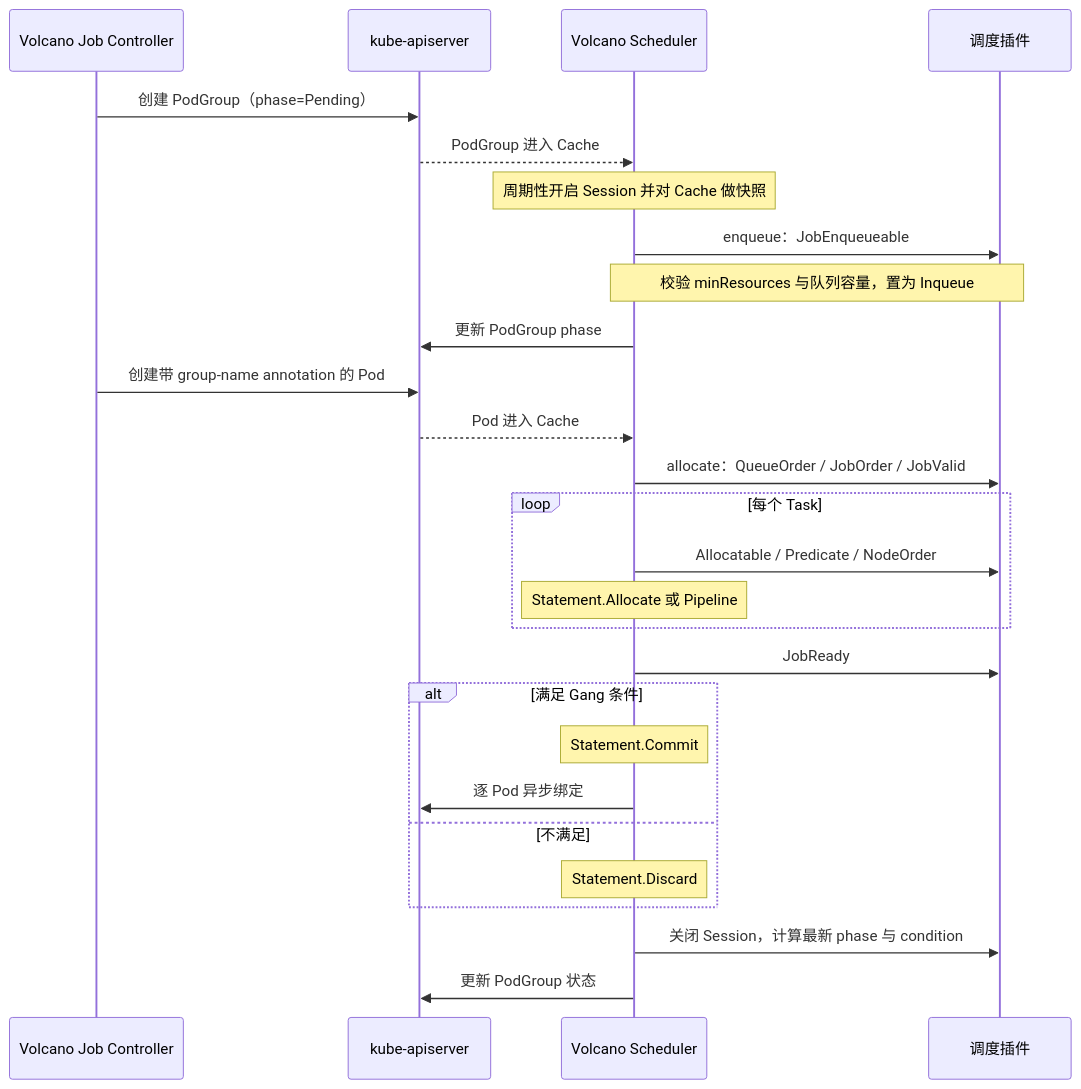
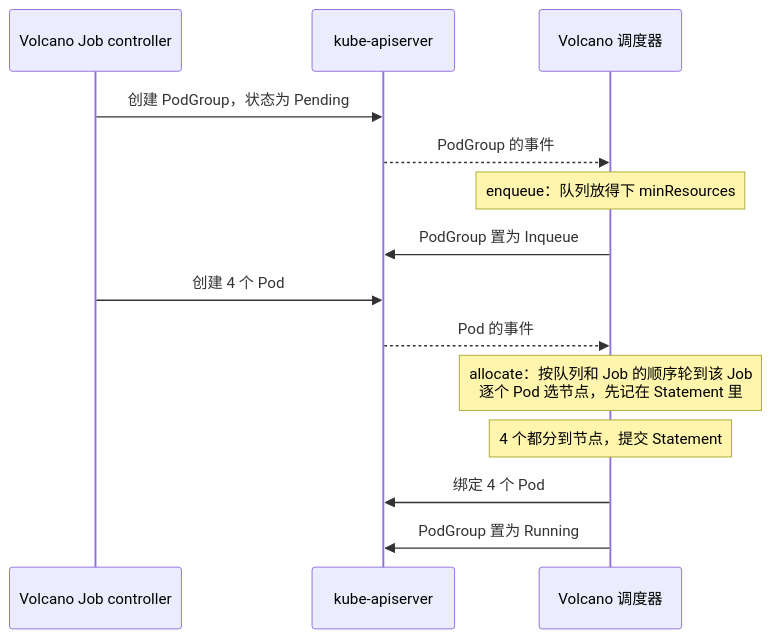
The fifth of 13 diagrams in docs/research/k8s-workload-aware-scheduling-vs-volcano-cn.md (JesseStutler/volcano), drawn with Mermaid before and after one commit. The commit also changed other lines of this file and 1 other file, not shown here.

First line of the commit message:
docs: rewrite the upstream PodGroup comparison for readability

````diff
--- a/docs/research/k8s-workload-aware-scheduling-vs-volcano-cn.md
+++ b/docs/research/k8s-workload-aware-scheduling-vs-volcano-cn.md
@@ -249,30 +285,17 @@
 ```mermaid
 sequenceDiagram
-    participant C as Volcano Job Controller
+    participant C as Volcano Job controller
     participant A as kube-apiserver
-    participant S as Volcano Scheduler
-    participant P as 调度插件
+    participant S as Volcano 调度器
 
-    C->>A: 创建 PodGroup（phase=Pending）
-    A-->>S: PodGroup 进入 Cache
-    Note over S: 周期性开启 Session 并对 Cache 做快照
-    S->>P: enqueue：JobEnqueueable
-    Note over S,P: 校验 minResources 与队列容量，置为 Inqueue
-    S->>A: 更新 PodGroup phase
-    C->>A: 创建带 group-name annotation 的 Pod
-    A-->>S: Pod 进入 Cache
-    S->>P: allocate：QueueOrder / JobOrder / JobValid
-    loop 每个 Task
-        S->>P: Allocatable / Predicate / NodeOrder
-        Note over S: Statement.Allocate 或 Pipeline
-    end
-    S->>P: JobReady
-    alt 满足 Gang 条件
-        Note over S: Statement.Commit
-        S->>A: 逐 Pod 异步绑定
-    else 不满足
-        Note over S: Statement.Discard
-    end
-    S->>P: 关闭 Session，计算最新 phase 与 condition
-    S->>A: 更新 PodGroup 状态
+    C->>A: 创建 PodGroup，状态为 Pending
+    A-->>S: PodGroup 的事件
+    Note over S: enqueue：队列放得下 minResources
+    S->>A: PodGroup 置为 Inqueue
+    C->>A: 创建 4 个 Pod
+    A-->>S: Pod 的事件
+    Note over S: allocate：按队列和 Job 的顺序轮到该 Job<br/>逐个 Pod 选节点，先记在 Statement 里
+    Note over S: 4 个都分到节点，提交 Statement
+    S->>A: 绑定 4 个 Pod
+    S->>A: PodGroup 置为 Running
 ```
````
